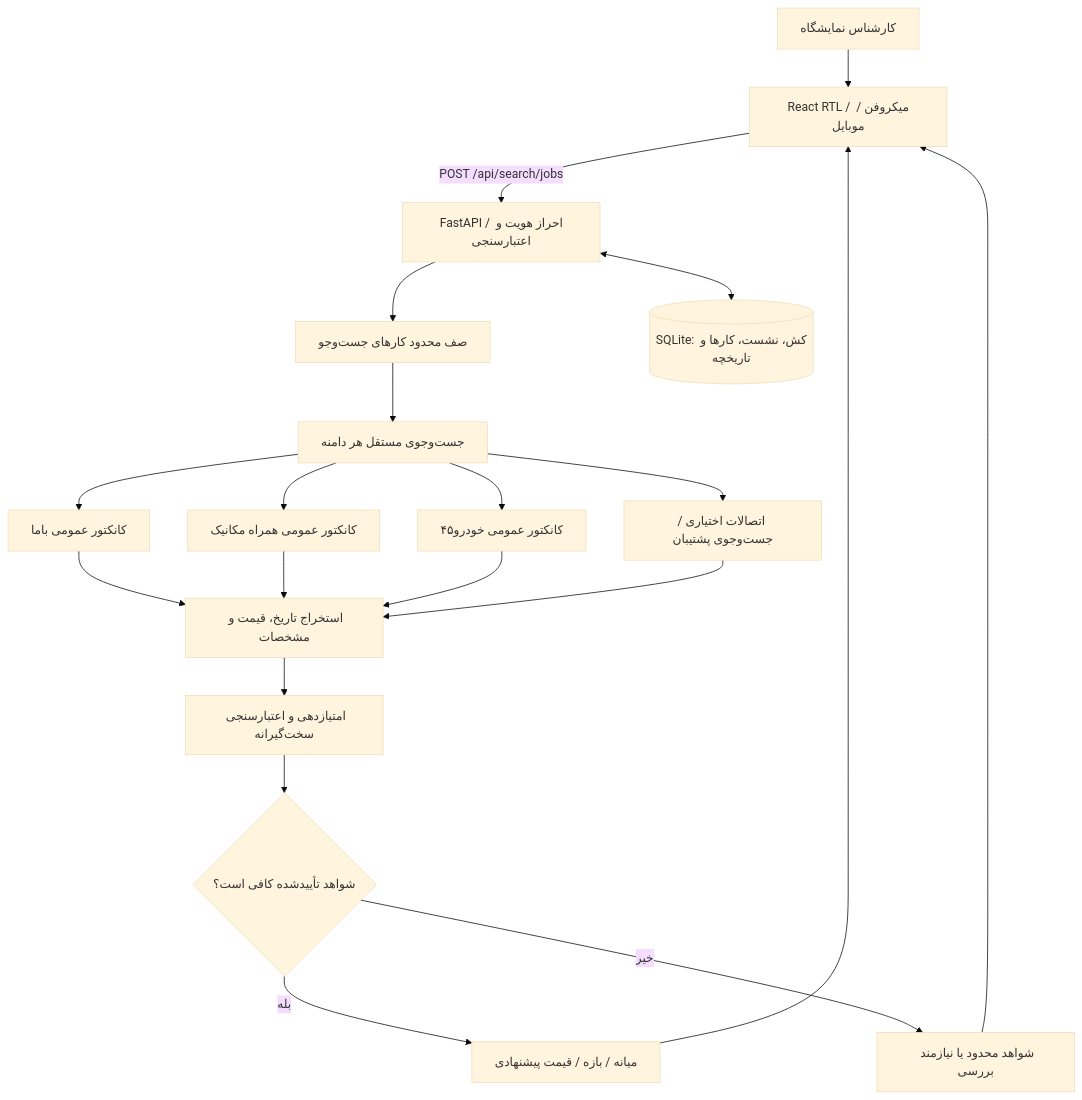
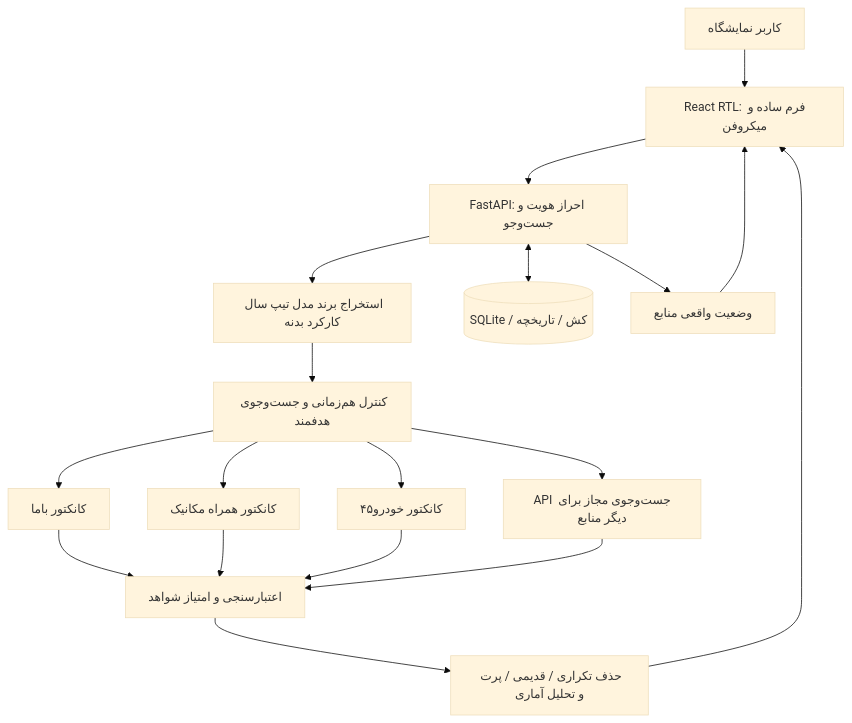
Before and after one commit to daneshavaran2/davoodi-car: the first of 2 diagrams in README.md, drawn with Mermaid (base theme). The commit also changed other lines of this file and 18 other files, not shown here.

Commit message:
feat(v24): vehicle price safety, NLP fixes, secure login, source metadata, parallel search, real progress and QA

````diff
--- a/README.md
+++ b/README.md
@@ -22,22 +23,20 @@
 ```mermaid
 flowchart TD
-  U[کارشناس نمایشگاه] --> UI[React RTL / میکروفن / موبایل]
-  UI -->|POST /api/search/jobs| API[FastAPI / احراز هویت و اعتبارسنجی]
-  API --> Q[صف محدود کارهای جست‌وجو]
-  Q --> S[جست‌وجوی مستقل هر دامنه]
-  S --> B[کانکتور عمومی باما]
-  S --> H[کانکتور عمومی همراه مکانیک]
-  S --> K[کانکتور عمومی خودرو۴۵]
-  S --> O[اتصالات اختیاری / جست‌وجوی پشتیبان]
-  B --> V[استخراج تاریخ، قیمت و مشخصات]
-  H --> V
-  K --> V
-  O --> V
-  V --> E[امتیازدهی و اعتبارسنجی سخت‌گیرانه]
-  E --> R{شواهد تأییدشده کافی است؟}
-  R -->|بله| P[میانه / بازه / قیمت پیشنهادی]
-  R -->|خیر| W[شواهد محدود یا نیازمند بررسی]
-  P --> UI
-  W --> UI
-  API <--> DB[(SQLite: کش، نشست، کارها و تاریخچه)]
+    U[کاربر نمایشگاه] --> UI[React RTL: فرم ساده و میکروفن]
+    UI --> API[FastAPI: احراز هویت و جست‌وجو]
+    API --> NLP[استخراج برند مدل تیپ سال کارکرد بدنه]
+    NLP --> SEARCH[کنترل هم‌زمانی و جست‌وجوی هدفمند]
+    SEARCH --> C1[کانکتور باما]
+    SEARCH --> C2[کانکتور همراه مکانیک]
+    SEARCH --> C3[کانکتور خودرو۴۵]
+    SEARCH --> F[API جست‌وجوی مجاز برای دیگر منابع]
+    C1 --> VALID[اعتبارسنجی و امتیاز شواهد]
+    C2 --> VALID
+    C3 --> VALID
+    F --> VALID
+    VALID --> STATS[حذف تکراری / قدیمی / پرت و تحلیل آماری]
+    STATS --> UI
+    API <--> DB[(SQLite / کش / تاریخچه)]
+    API --> PROGRESS[وضعیت واقعی منابع]
+    PROGRESS --> UI
 ```
````
